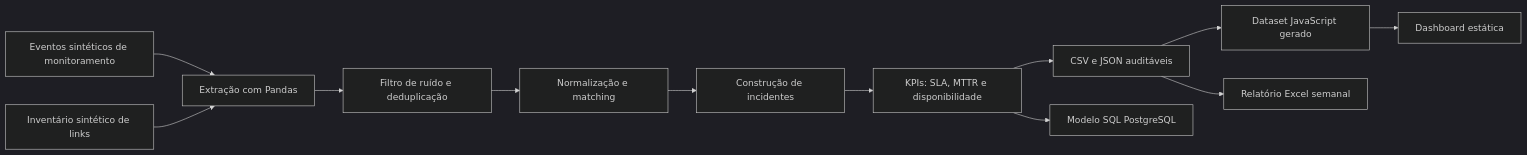
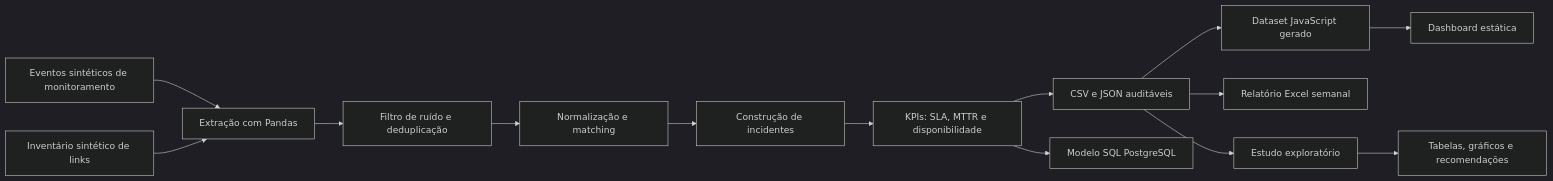
Before and after one commit to CelsoKaiqueSil/coreops-noc-dashboard: the diagram in docs/ARCHITECTURE.md, drawn with Mermaid (dark theme). The commit also changed other lines of this file and 19 other files, not shown here.

````diff
--- a/docs/ARCHITECTURE.md
+++ b/docs/ARCHITECTURE.md
@@ -6,14 +6,16 @@
 ```mermaid
 flowchart LR
     A["Eventos sintéticos de monitoramento"] --> B["Extração com Pandas"]
     C["Inventário sintético de links"] --> B
     B --> D["Filtro de ruído e deduplicação"]
     D --> E["Normalização e matching"]
     E --> F["Construção de incidentes"]
     F --> G["KPIs: SLA, MTTR e disponibilidade"]
     G --> H["CSV e JSON auditáveis"]
     G --> I["Modelo SQL PostgreSQL"]
     H --> J["Dataset JavaScript gerado"]
     J --> K["Dashboard estática"]
     H --> L["Relatório Excel semanal"]
+    H --> M["Estudo exploratório"]
+    M --> N["Tabelas, gráficos e recomendações"]
 ```
````
